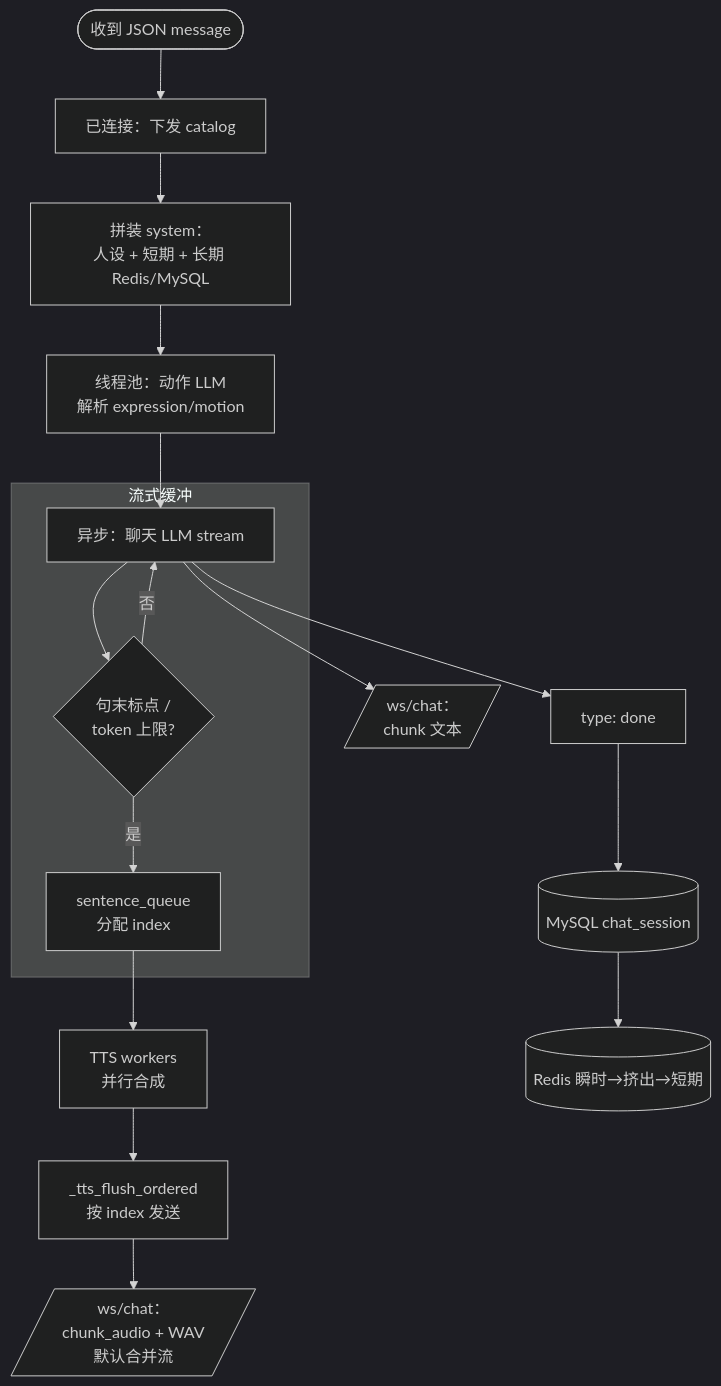
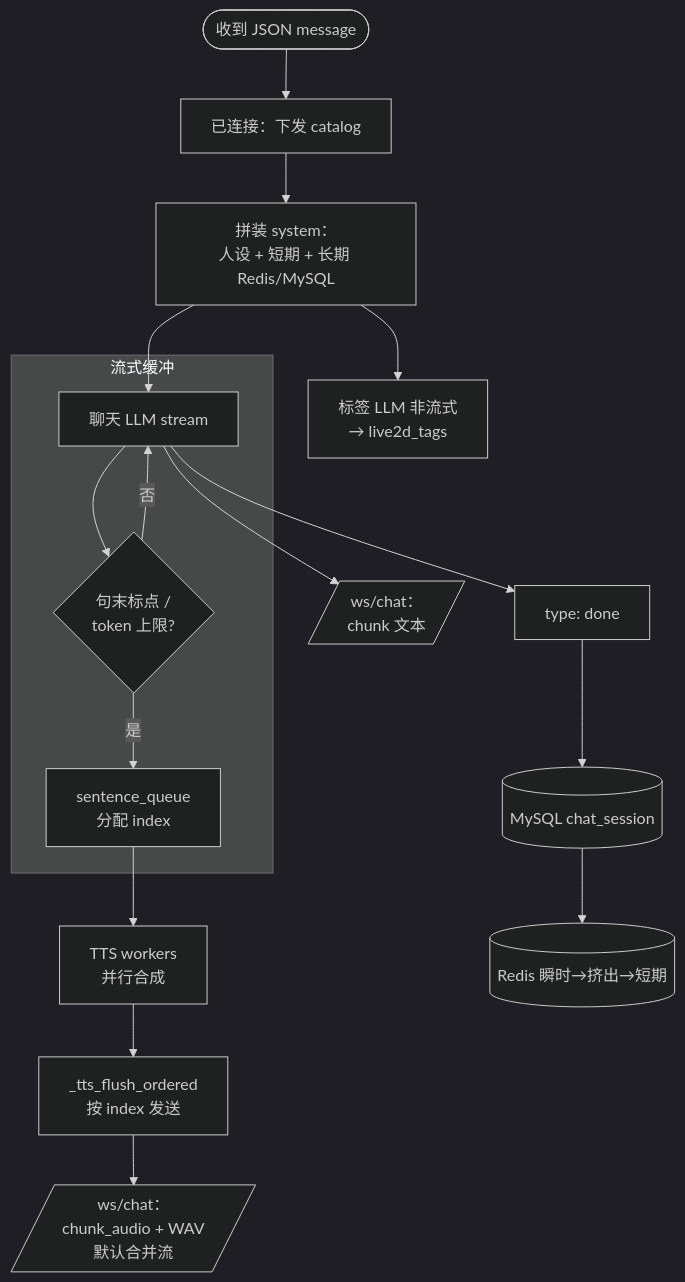
Before and after one commit to guniang1/live2DPro: the fifth of 8 diagrams in docs/后端项目正文.md, drawn with Mermaid (dark theme). The commit also changed other lines of this file and 21 other files, not shown here.

````diff
--- a/docs/后端项目正文.md
+++ b/docs/后端项目正文.md
@@ -607,20 +620,20 @@
 ```mermaid
 flowchart TB
     START([收到 JSON message])
     START --> ACCEPT[已连接：下发 catalog]
     ACCEPT --> MEM[拼装 system：<br/>人设 + 短期 + 长期 Redis/MySQL]
-    MEM --> ACT[线程池：动作 LLM<br/>解析 expression/motion]
-    ACT --> STREAM[异步：聊天 LLM stream]
+    MEM --> ACT[标签 LLM 非流式<br/>→ live2d_tags]
+    MEM --> STREAM[聊天 LLM stream]
     subgraph BUF[流式缓冲]
         STREAM --> CHUNK{句末标点 /<br/>token 上限?}
         CHUNK -->|否| STREAM
         CHUNK -->|是| ENQ[sentence_queue<br/>分配 index]
     end
     ENQ --> WORKERS[TTS workers<br/>并行合成]
     WORKERS --> ORDER[_tts_flush_ordered<br/>按 index 发送]
     STREAM --> CHUNKTXT[/ws/chat：<br/>chunk 文本/]
     ORDER --> CHATOUT[/ws/chat：<br/>chunk_audio + WAV<br/>默认合并流/]
     STREAM --> DONE[type: done]
     DONE --> SAVE[(MySQL chat_session)]
     SAVE --> REDIS[(Redis 瞬时→挤出→短期)]
 ```
````
